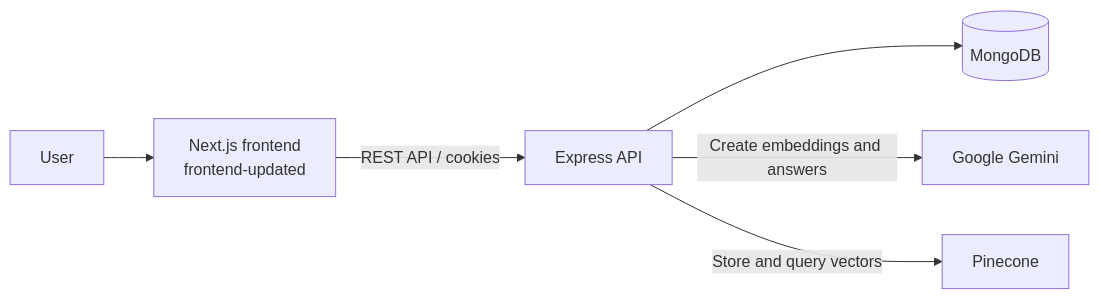
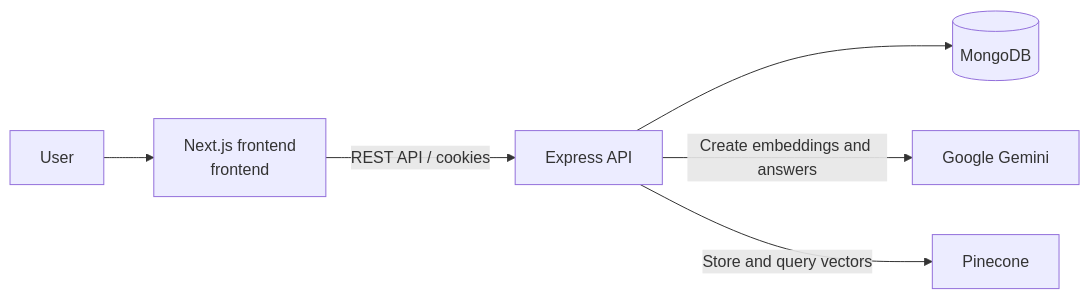
The diagram in README.md (Vishesh-Verma-07/BrainDock), drawn with Mermaid before and after one commit. The commit also changed other lines of this file and 123 other files, not shown here.

````diff
--- a/README.md
+++ b/README.md
@@ -38,8 +38,8 @@
 ```mermaid
 flowchart LR
-    User[User] --> Web[Next.js frontend\nfrontend-updated]
+    User[User] --> Web[Next.js frontend\nfrontend]
     Web -->|REST API / cookies| API[Express API]
     API --> MongoDB[(MongoDB)]
     API -->|Create embeddings and answers| Gemini[Google Gemini]
     API -->|Store and query vectors| Pinecone[Pinecone]
 ```
````
